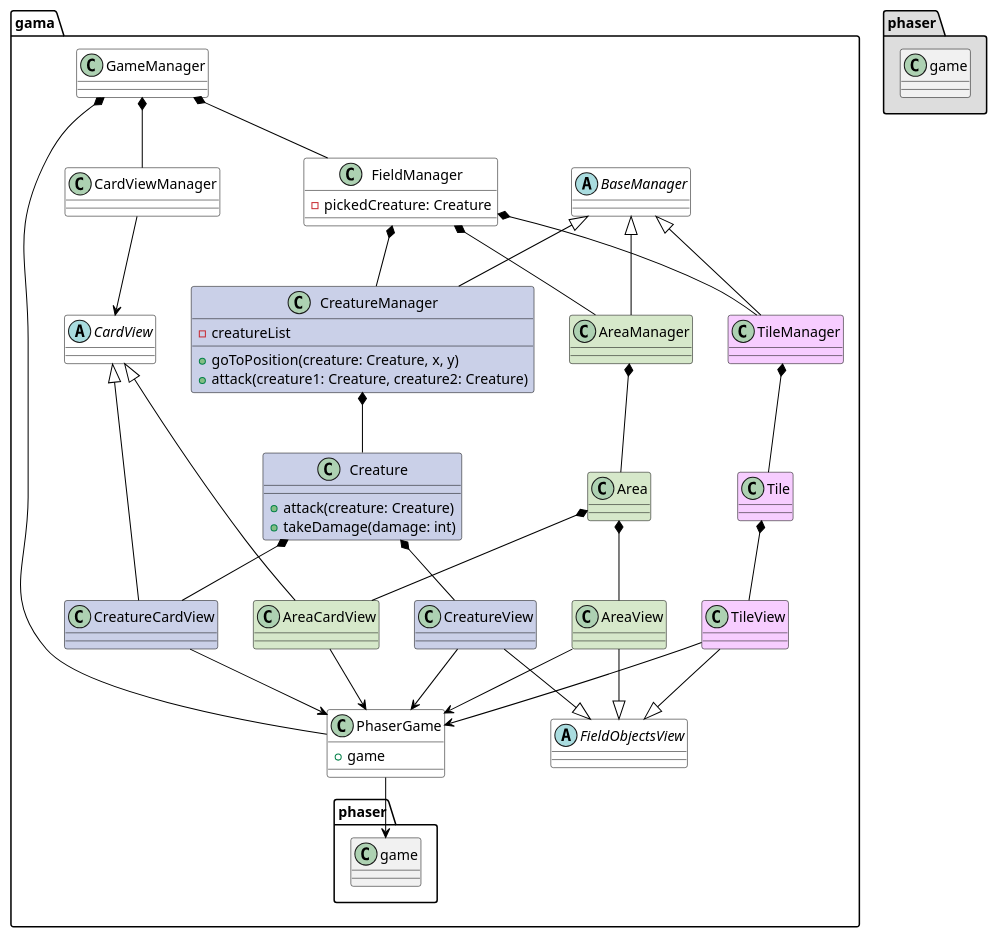
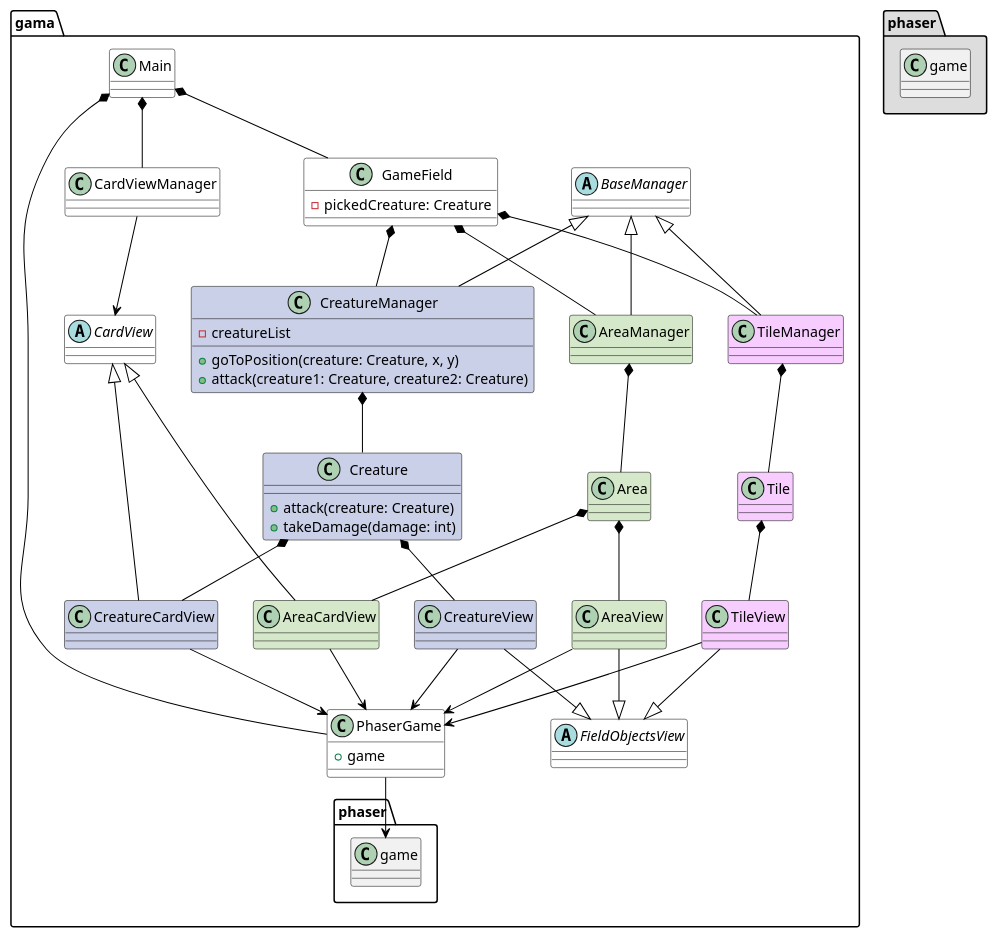
The diagram in uml/base.puml (gamesFTW/phaser-card-game-client), drawn with PlantUML before and after one commit.

Commit message:
Change uml.

```diff
--- a/uml/base.puml
+++ b/uml/base.puml
@@ -1,113 +1,113 @@
 @startuml
 
 skinparam class {
 	ArrowColor black
 	BorderColor black
 }
 
 skinparam stereotypeCBackgroundColor YellowGreen
 skinparam shadowing false
 
 package "gama" {
     abstract class BaseManager #ffffff
 
 
     abstract class FieldObjectsView #ffffff
     FieldObjectsView <|-up- TileView
     FieldObjectsView <|-up- CreatureView
     FieldObjectsView <|-up- AreaView
 
 
     abstract class CardView #ffffff
     
     
-    class GameManager #ffffff
-    GameManager *-- PhaserGame
-    GameManager *-- FieldManager
-    GameManager *-- CardViewManager
+    class Main #ffffff
+    Main *-- PhaserGame
+    Main *-- GameField
+    Main *-- CardViewManager
 
 
     class PhaserGame #ffffff {
         + game
     }
     PhaserGame --> phaser.game
 
 
-    class FieldManager #ffffff {
+    class GameField #ffffff {
         - pickedCreature: Creature
     }
-    FieldManager *-- TileManager
-    FieldManager *-- CreatureManager
-    FieldManager *-- AreaManager
+    GameField *-- TileManager
+    GameField *-- CreatureManager
+    GameField *-- AreaManager
 
 
     class CardViewManager #ffffff
     CardViewManager --> CardView
 
 
     '''Tile'''
     class TileManager #F7CDFF
     BaseManager <|-- TileManager
     TileManager *-- Tile
 
 
     class Tile #F7CDFF
     Tile *-- TileView
 
 
     class TileView #F7CDFF
     TileView --> PhaserGame
 
 
     '''Creature'''
     class CreatureManager #CAD0E8 {
         - creatureList
         + goToPosition(creature: Creature, x, y)
         + attack(creature1: Creature, creature2: Creature)
     }
     BaseManager <|-- CreatureManager
     CreatureManager *-- Creature
 
 
     class Creature #CAD0E8 {
         + attack(creature: Creature)
         + takeDamage(damage: int)
     }
     Creature *-- CreatureView
     Creature *-- CreatureCardView
 
 
     class CreatureView #CAD0E8
     CreatureView --> PhaserGame
 
 
     class CreatureCardView #CAD0E8
     CardView <|-right- CreatureCardView
     CreatureCardView --> PhaserGame
 
 
     '''Area'''
     class AreaManager #D6E8CA
     BaseManager <|-- AreaManager
     AreaManager *-- Area
 
 
     class Area #D6E8CA
     Area *-- AreaView
     Area *-- AreaCardView
 
 
     class AreaView #D6E8CA
     AreaView --> PhaserGame
 
 
     class AreaCardView #D6E8CA
     CardView <|-right- AreaCardView
     AreaCardView --> PhaserGame
 }
 
 
 package "phaser" #DDDDDD {
     class game
 }
 @enduml
```
